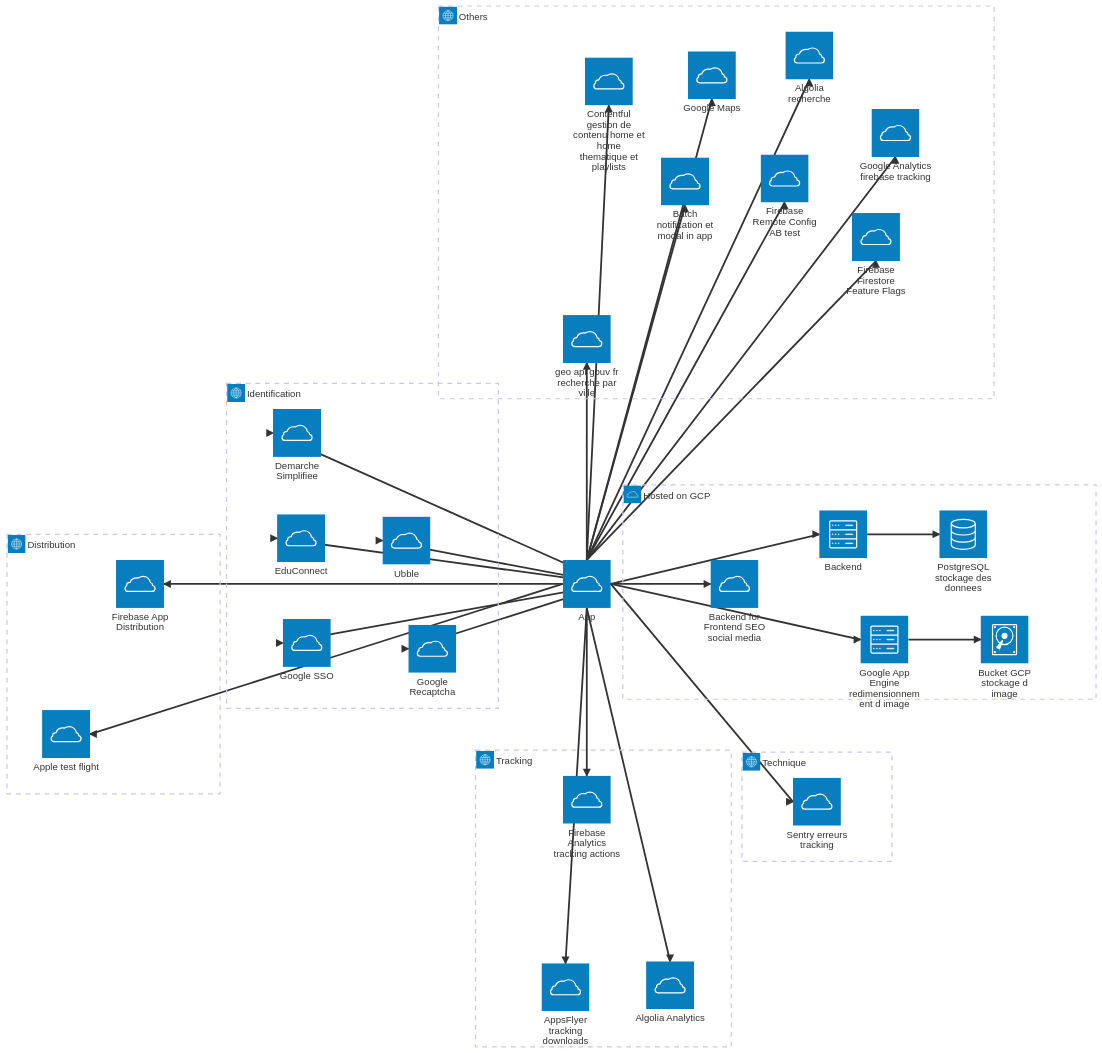
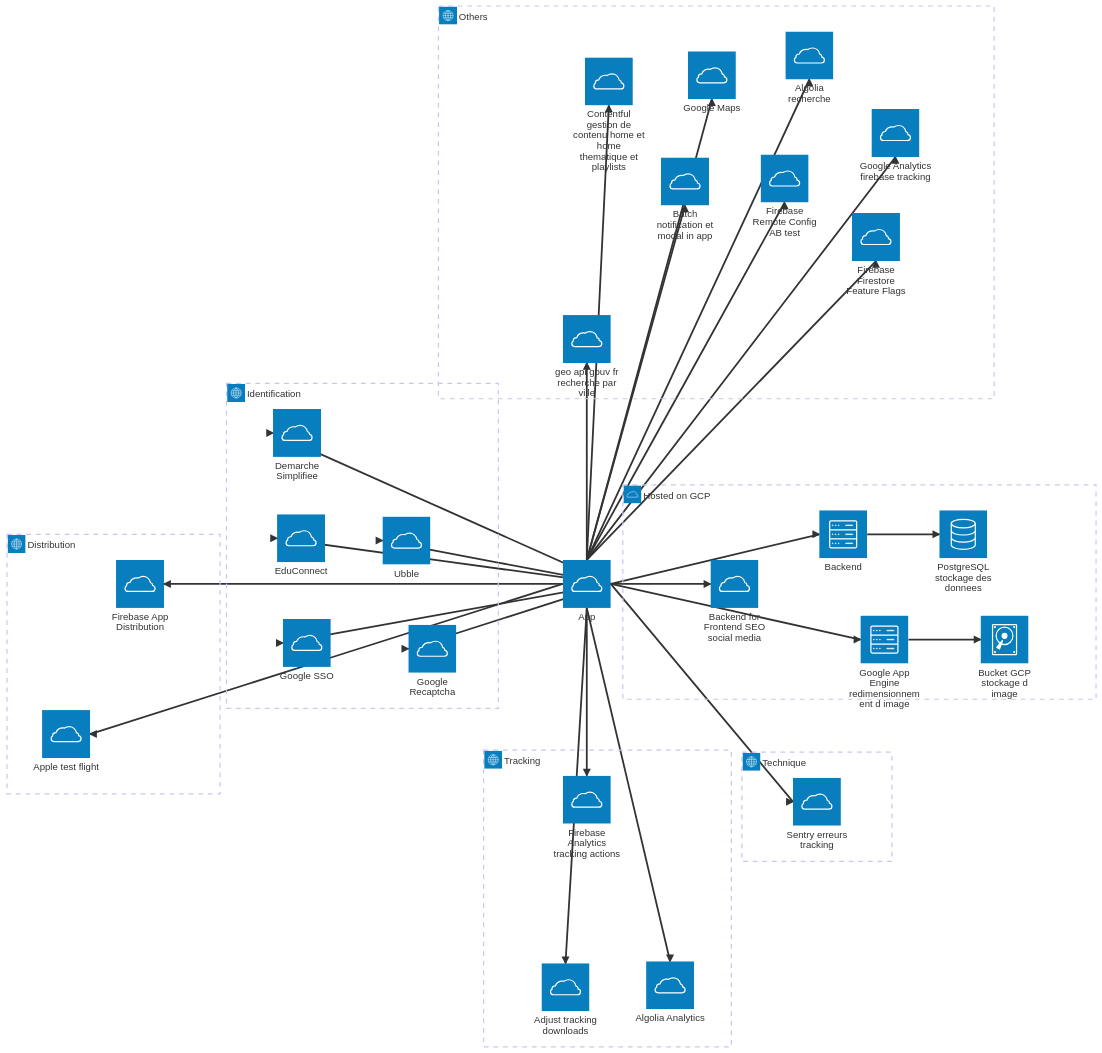
The second of 2 diagrams in doc/architecture/2_input-output-externe.md (pass-culture/pass-culture-app-native), drawn with Mermaid before and after one commit. The commit also changed other lines of this file and 66 other files, not shown here.

Commit message:
(PC-39741) chore(Adjust): replace AppsFlyer by Adjust

````diff
--- a/doc/architecture/2_input-output-externe.md
+++ b/doc/architecture/2_input-output-externe.md
@@ -48,73 +48,73 @@
 ```mermaid
 architecture-beta
   group technique(internet)[Technique]
   group distribution(internet)[Distribution]
   group identification(internet)[Identification]
   group tracking(internet)[Tracking]
   group hosted_on_GCP(cloud)[Hosted on GCP]
   group others(internet)[Others]
 
   service App(cloud)[App]
 
   service Google_Recaptcha(cloud)[Google Recaptcha] in identification
   service Ubble(cloud)[Ubble] in identification
   service Google(cloud)[Google SSO] in identification
   service Educonnect(cloud)[EduConnect] in identification
   service DMS(cloud)[Demarche Simplifiee] in identification
 
   App:R --> L:Google_Recaptcha
   App:R --> L:Ubble
   App:R --> L:Google
   App:R --> L:Educonnect
   App:R --> L:DMS
 
   service Algolia_Analytics(cloud)[Algolia Analytics] in tracking
-  service AppsFlyer(cloud)[AppsFlyer tracking downloads] in tracking
+  service Adjust(cloud)[Adjust tracking downloads] in tracking
   service Firebase_Analytics(cloud)[Firebase Analytics tracking actions] in tracking
 
   App:B --> T:Algolia_Analytics
-  App:B --> T:AppsFlyer
+  App:B --> T:Adjust
   App:B --> T:Firebase_Analytics
 
   service Sentry(cloud)[Sentry erreurs tracking] in technique
 
   App:R --> L:Sentry
 
   service Apple_TestFlight(cloud)[Apple test flight] in distribution
   service Firebase_App_Distribution(cloud)[Firebase App Distribution] in distribution
 
   App:L --> R:Apple_TestFlight
   App:L --> R:Firebase_App_Distribution
 
   service Firebase_Firestore(cloud)[Firebase Firestore Feature Flags] in others
   service Firebase_Remote_Config(cloud)[Firebase Remote Config AB test] in others
   service Google_Analytics(cloud)[Google Analytics firebase tracking] in others
   service Algolia(cloud)[Algolia recherche] in others
   service batch(cloud)[Batch notification et modal in app] in others
   service Google_Maps(cloud)[Google Maps] in others
   service Contentful(cloud)[Contentful gestion de contenu home et home thematique et playlists] in others
   service geo_api_gouv(cloud)[geo api gouv fr recherche par ville] in others
 
   App:T --> B:Firebase_Firestore
   App:T --> B:Firebase_Remote_Config
   App:T --> B:Google_Analytics
   App:T --> B:Algolia
   App:T --> B:batch
   App:T --> B:Google_Maps
   App:T --> B:Contentful
   App:T --> B:geo_api_gouv
 
   service image_resize(server)[Google App Engine redimensionnement d image] in hosted_on_GCP
   service bucket_image(disk)[Bucket GCP stockage d image] in hosted_on_GCP
   App:R --> L:image_resize
   image_resize:R --> L:bucket_image
 
   service backend(server)[Backend] in hosted_on_GCP
   service Postgresql(database)[PostgreSQL stockage des donnees] in hosted_on_GCP
 
   App:R --> L:backend
   backend:R --> L:Postgresql
 
   service bff(cloud)[Backend for Frontend SEO social media] in hosted_on_GCP
   App:R --> L:bff
 ```
````
